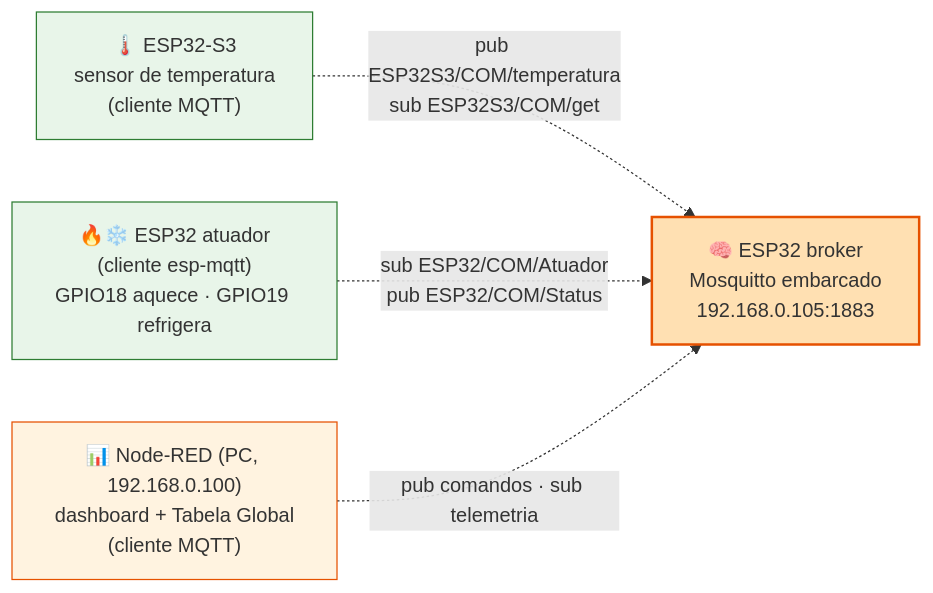
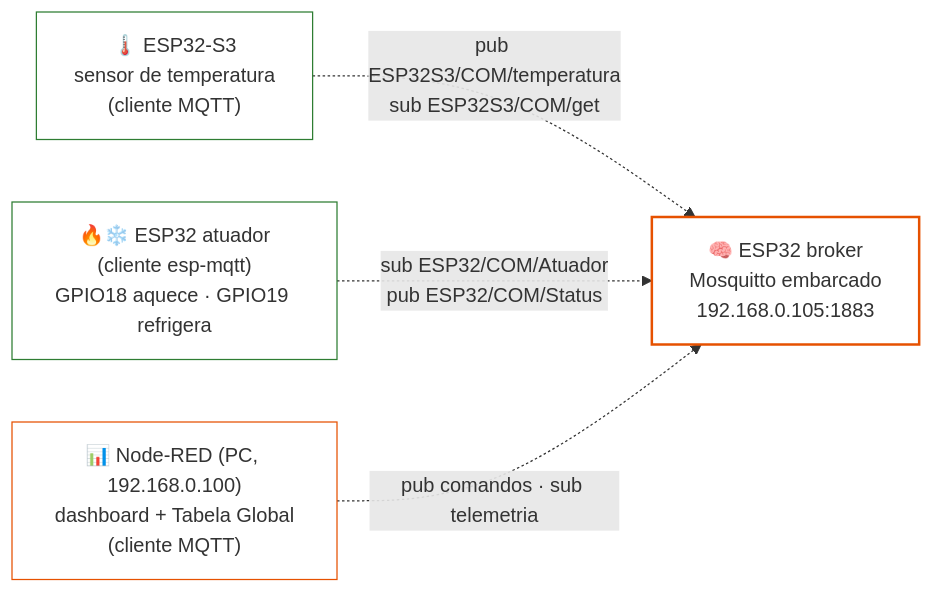
One commit to Scheeffer/Project_Nexus changed the first of 2 diagrams in rede-mqtt/README.md. Above: the diagram before and after it, drawn with Mermaid.

Commit message:
Change class colors to white in README
Updated class definitions in the README for better visibility.

````diff
--- a/rede-mqtt/README.md
+++ b/rede-mqtt/README.md
@@ -17,18 +17,18 @@
 ```mermaid
 flowchart LR
     S3["🌡️ ESP32-S3<br/>sensor de temperatura<br/>(cliente MQTT)"]
     BR["🧠 ESP32 broker<br/>Mosquitto embarcado<br/>192.168.0.105:1883"]
     ACT["🔥❄️ ESP32 atuador<br/>(cliente esp-mqtt)<br/>GPIO18 aquece · GPIO19 refrigera"]
     NR["📊 Node-RED (PC, 192.168.0.100)<br/>dashboard + Tabela Global<br/>(cliente MQTT)"]
 
     S3 -. "pub ESP32S3/COM/temperatura<br/>sub ESP32S3/COM/get" .-> BR
     ACT -. "sub ESP32/COM/Atuador<br/>pub ESP32/COM/Status" .-> BR
     NR -. "pub comandos · sub telemetria" .-> BR
 
-    classDef broker fill:#ffe0b2,stroke:#e65100,stroke-width:2px;
-    classDef cliente fill:#e8f5e9,stroke:#2e7d32,stroke-width:1px;
-    classDef central fill:#fff3e0,stroke:#e65100,stroke-width:1px;
+    classDef broker fill:#ffffff,stroke:#e65100,stroke-width:2px;
+    classDef cliente fill:#ffffff,stroke:#2e7d32,stroke-width:1px;
+    classDef central fill:#ffffff,stroke:#e65100,stroke-width:1px;
     class BR broker;
     class S3,ACT cliente;
     class NR central;
 ```
````
